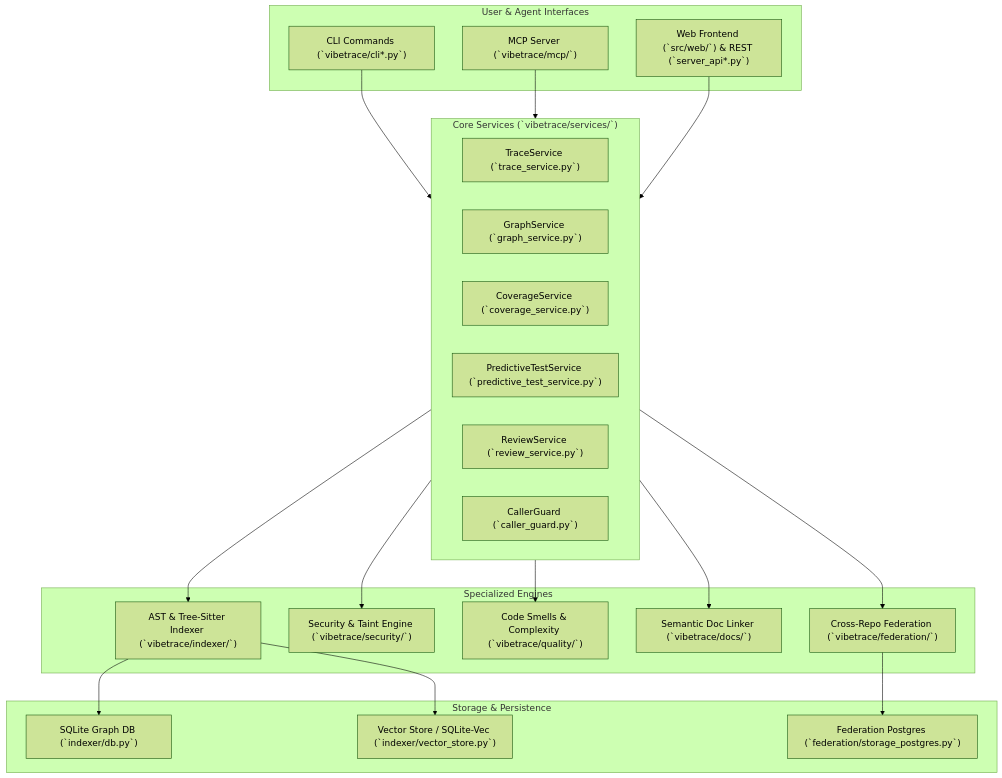
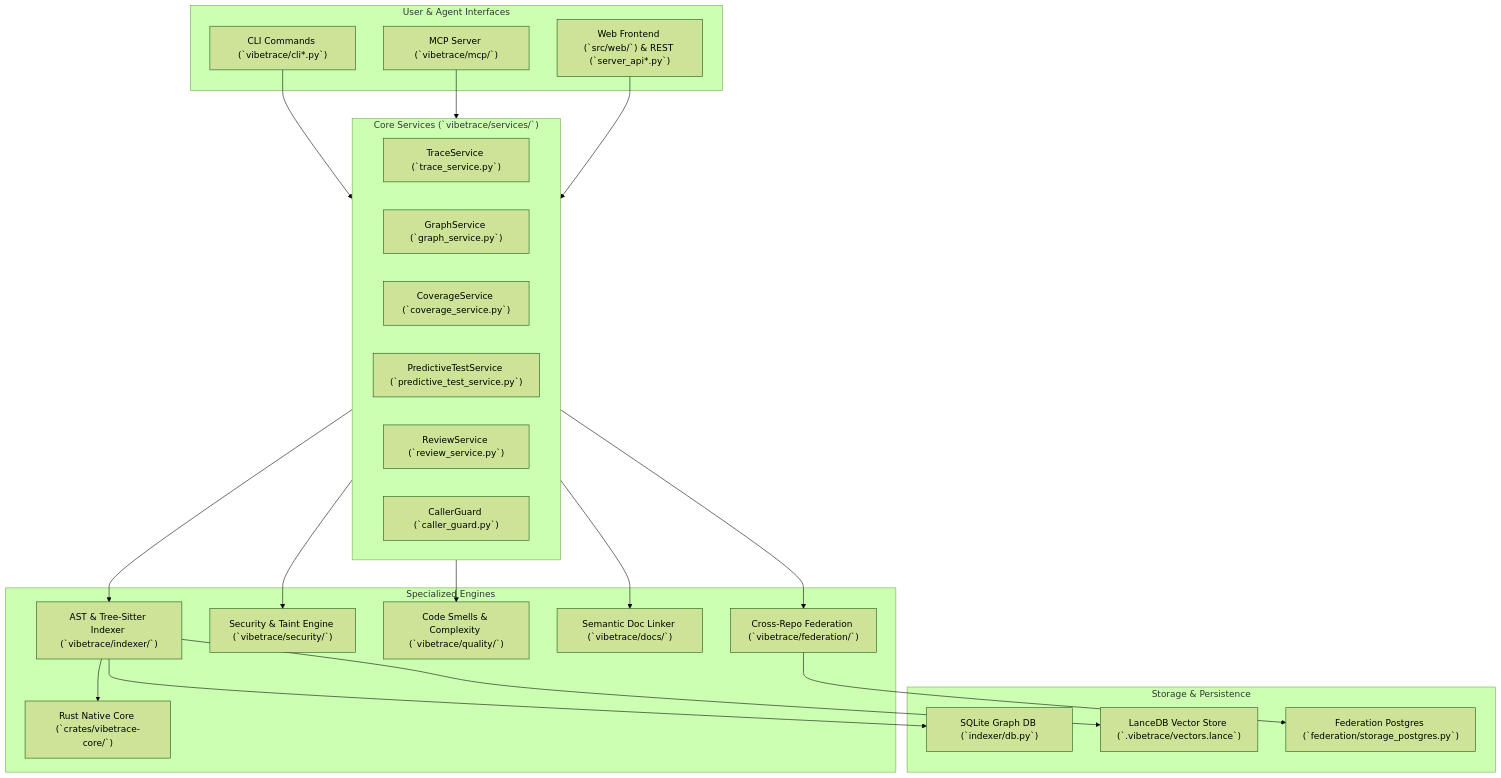
One commit to serguei9090/VibeTrace changed the diagram in docs/architecture/module_catalog.md. Above: the diagram before and after it, drawn with Mermaid (forest theme). The commit also changed other lines of this file and 5 other files, not shown here.

Commit message:
docs: update root README and architecture/API/guide docs

````diff
--- a/docs/architecture/module_catalog.md
+++ b/docs/architecture/module_catalog.md
@@ -11,45 +11,47 @@
 ```mermaid
 flowchart TD
     subgraph Interfaces ["User & Agent Interfaces"]
         CLI["CLI Commands (`vibetrace/cli*.py`)"]
         MCP["MCP Server (`vibetrace/mcp/`)"]
         WebUI["Web Frontend (`src/web/`) & REST (`server_api*.py`)"]
     end
 
     subgraph CoreServices ["Core Services (`vibetrace/services/`)"]
         TraceSvc["TraceService (`trace_service.py`)"]
         GraphSvc["GraphService (`graph_service.py`)"]
         CoverageSvc["CoverageService (`coverage_service.py`)"]
         PredictiveSvc["PredictiveTestService (`predictive_test_service.py`)"]
         ReviewSvc["ReviewService (`review_service.py`)"]
         GuardSvc["CallerGuard (`caller_guard.py`)"]
     end
 
     subgraph Engines ["Specialized Engines"]
+        RustCore["Rust Native Core (`crates/vibetrace-core/`)"]
         Indexer["AST & Tree-Sitter Indexer (`vibetrace/indexer/`)"]
         Security["Security & Taint Engine (`vibetrace/security/`)"]
         Quality["Code Smells & Complexity (`vibetrace/quality/`)"]
         Docs["Semantic Doc Linker (`vibetrace/docs/`)"]
         Federation["Cross-Repo Federation (`vibetrace/federation/`)"]
     end
 
     subgraph Storage ["Storage & Persistence"]
         SQLite["SQLite Graph DB (`indexer/db.py`)"]
-        VectorDB["Vector Store / SQLite-Vec (`indexer/vector_store.py`)"]
+        VectorDB["LanceDB Vector Store (`.vibetrace/vectors.lance`)"]
         Postgres["Federation Postgres (`federation/storage_postgres.py`)"]
     end
 
     CLI --> CoreServices
     MCP --> CoreServices
     WebUI --> CoreServices
 
     CoreServices --> Indexer
     CoreServices --> Security
     CoreServices --> Quality
     CoreServices --> Docs
     CoreServices --> Federation
 
+    Indexer --> RustCore
     Indexer --> SQLite
     Indexer --> VectorDB
     Federation --> Postgres
 ```
````
